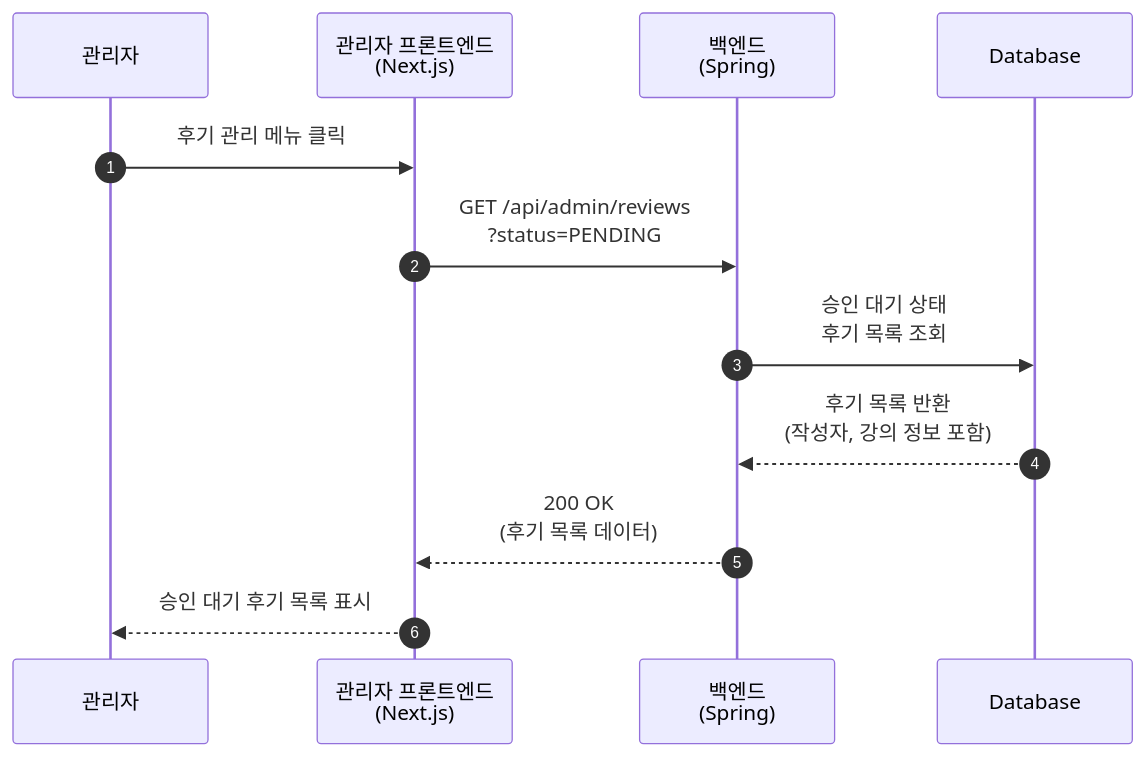
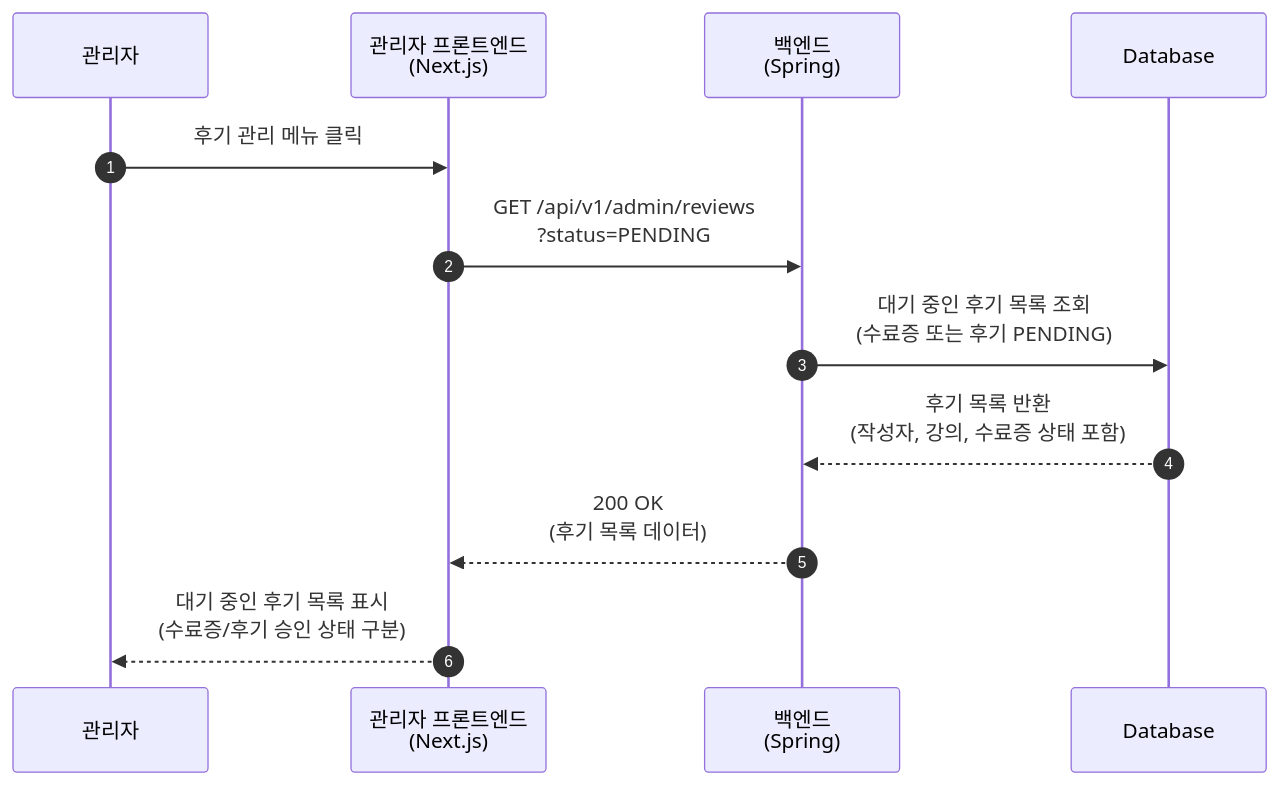
One commit to sw-campus/sw-campus-docs changed the first of 8 diagrams in sequence/review/admin_review_approval_diagram.md. Above: the diagram before and after it, drawn with Mermaid. The commit also changed other lines of this file and 3 other files, not shown here.

Commit message:
docs: review sequence

````diff
--- a/sequence/review/admin_review_approval_diagram.md
+++ b/sequence/review/admin_review_approval_diagram.md
@@ -9,15 +9,15 @@
 ```mermaid
 sequenceDiagram
     autonumber
     participant Admin as 관리자
     participant AdminFE as 관리자 프론트엔드<br/>(Next.js)
     participant Backend as 백엔드<br/>(Spring)
     participant DB as Database
 
     Admin->>AdminFE: 후기 관리 메뉴 클릭
-    AdminFE->>Backend: GET /api/admin/reviews<br/>?status=PENDING
-    Backend->>DB: 승인 대기 상태<br/>후기 목록 조회
-    DB-->>Backend: 후기 목록 반환<br/>(작성자, 강의 정보 포함)
+    AdminFE->>Backend: GET /api/v1/admin/reviews<br/>?status=PENDING
+    Backend->>DB: 대기 중인 후기 목록 조회<br/>(수료증 또는 후기 PENDING)
+    DB-->>Backend: 후기 목록 반환<br/>(작성자, 강의, 수료증 상태 포함)
     Backend-->>AdminFE: 200 OK<br/>(후기 목록 데이터)
-    AdminFE-->>Admin: 승인 대기 후기 목록 표시
+    AdminFE-->>Admin: 대기 중인 후기 목록 표시<br/>(수료증/후기 승인 상태 구분)
 ```
````
